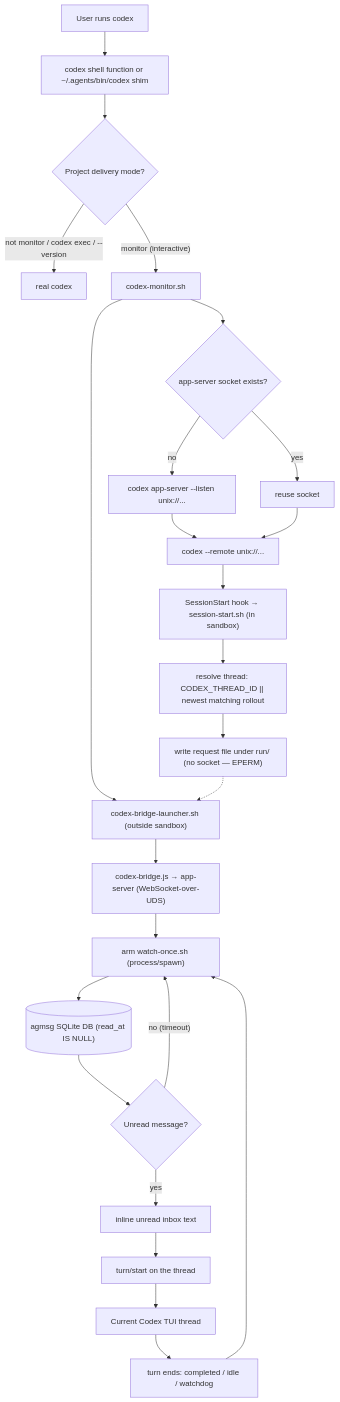
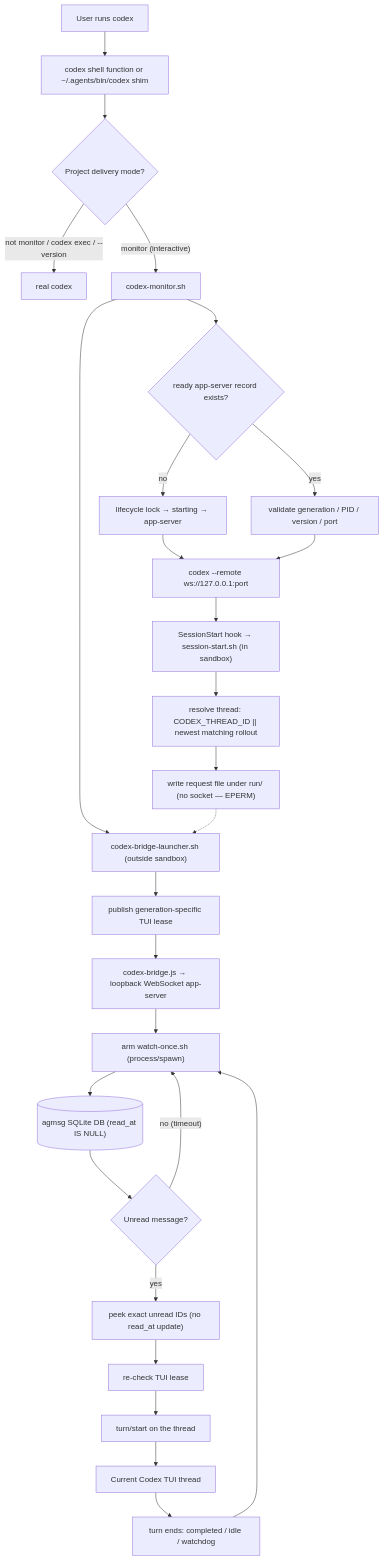
One commit to fujibee/agmsg changed the diagram in docs/codex-monitor-beta.md. Above: the diagram before and after it, drawn with Mermaid. The commit also changed other lines of this file and 5 other files, not shown here.

Commit message:
fix(codex): tear down shared monitor lifecycle safely

````diff
--- a/docs/codex-monitor-beta.md
+++ b/docs/codex-monitor-beta.md
@@ -152,29 +165,31 @@
 ```mermaid
 flowchart TD
   user["User runs codex"] --> shim["codex shell function or ~/.agents/bin/codex shim"]
   shim --> mode{"Project delivery mode?"}
   mode -- "not monitor / codex exec / --version" --> real["real codex"]
   mode -- "monitor (interactive)" --> monitor["codex-monitor.sh"]
 
-  monitor --> server{"app-server socket exists?"}
-  server -- "no" --> startServer["codex app-server --listen unix://..."]
-  server -- "yes" --> reuseServer["reuse socket"]
+  monitor --> server{"ready app-server record exists?"}
+  server -- "no" --> startServer["lifecycle lock → starting → app-server"]
+  server -- "yes" --> reuseServer["validate generation / PID / version / port"]
   monitor --> launcher["codex-bridge-launcher.sh (outside sandbox)"]
-  startServer --> remote["codex --remote unix://..."]
+  startServer --> remote["codex --remote ws://127.0.0.1:port"]
   reuseServer --> remote
 
   remote --> hook["SessionStart hook → session-start.sh (in sandbox)"]
   hook --> thread["resolve thread: CODEX_THREAD_ID || newest matching rollout"]
   thread --> request["write request file under run/ (no socket — EPERM)"]
   request -.-> launcher
-  launcher --> bridge["codex-bridge.js → app-server (WebSocket-over-UDS)"]
+  launcher --> lease["publish generation-specific TUI lease"]
+  lease --> bridge["codex-bridge.js → loopback WebSocket app-server"]
   bridge --> watch["arm watch-once.sh (process/spawn)"]
   watch --> db[("agmsg SQLite DB (read_at IS NULL)")]
   db --> unread{"Unread message?"}
   unread -- "no (timeout)" --> watch
-  unread -- "yes" --> inbox["inline unread inbox text"]
-  inbox --> turn["turn/start on the thread"]
+  unread -- "yes" --> inbox["peek exact unread IDs (no read_at update)"]
+  inbox --> gate["re-check TUI lease"]
+  gate --> turn["turn/start on the thread"]
   turn --> tui["Current Codex TUI thread"]
   tui --> ended["turn ends: completed / idle / watchdog"]
   ended --> watch
 ```
````
